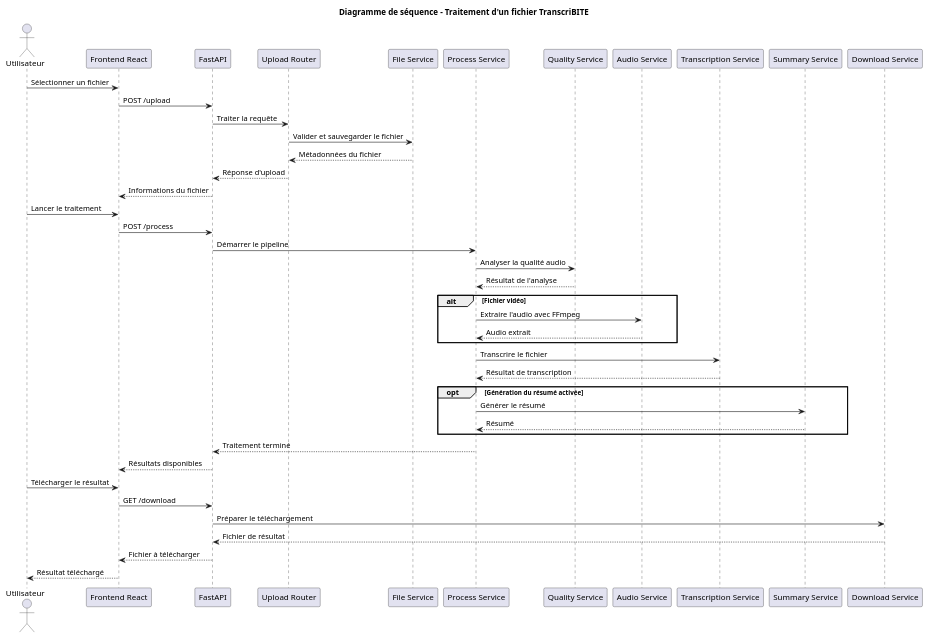
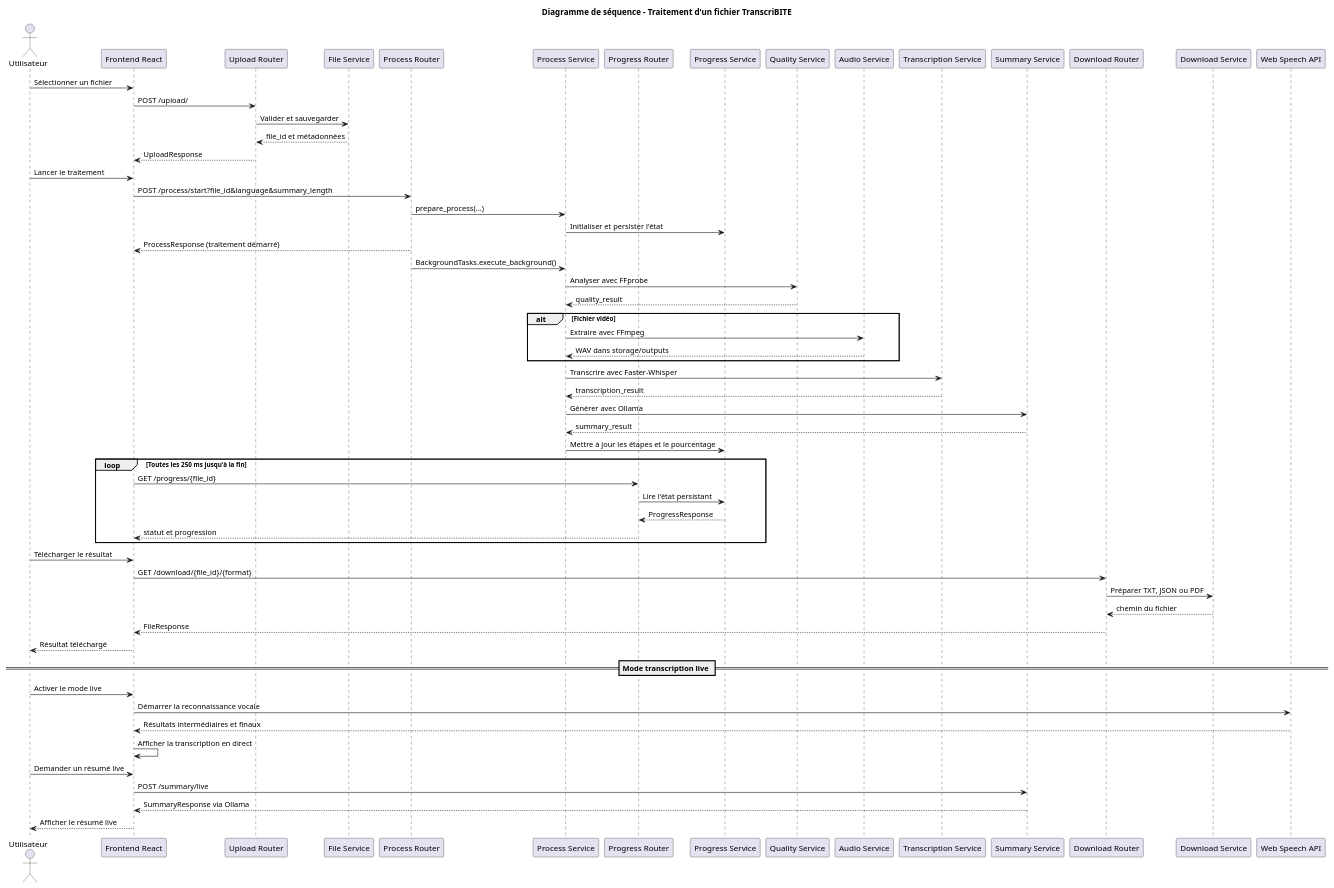
The diagram in docs/uml/sequence.puml (ilyas5555359/TranscriBITE), drawn with PlantUML before and after one commit. The commit also changed 4 other files, not shown here.

Commit message:
docs: update UML diagrams for current platform

```diff
--- a/docs/uml/sequence.puml
+++ b/docs/uml/sequence.puml
@@ -1,54 +1,71 @@
 @startuml
 title Diagramme de séquence - Traitement d'un fichier TranscriBITE
 
 actor "Utilisateur" as User
 participant "Frontend React" as Frontend
-participant "FastAPI" as API
 participant "Upload Router" as Upload
 participant "File Service" as FileService
+participant "Process Router" as ProcessRouter
 participant "Process Service" as Process
+participant "Progress Router" as ProgressRouter
+participant "Progress Service" as Progress
 participant "Quality Service" as Quality
 participant "Audio Service" as Audio
 participant "Transcription Service" as Transcription
 participant "Summary Service" as Summary
+participant "Download Router" as DownloadRouter
 participant "Download Service" as Download
+participant "Web Speech API" as SpeechAPI
 
 User -> Frontend : Sélectionner un fichier
-Frontend -> API : POST /upload
-API -> Upload : Traiter la requête
-Upload -> FileService : Valider et sauvegarder le fichier
-FileService --> Upload : Métadonnées du fichier
-Upload --> API : Réponse d'upload
-API --> Frontend : Informations du fichier
+Frontend -> Upload : POST /upload/
+Upload -> FileService : Valider et sauvegarder
+FileService --> Upload : file_id et métadonnées
+Upload --> Frontend : UploadResponse
 
 User -> Frontend : Lancer le traitement
-Frontend -> API : POST /process
-API -> Process : Démarrer le pipeline
+Frontend -> ProcessRouter : POST /process/start?file_id&language&summary_length
+ProcessRouter -> Process : prepare_process(...)
+Process -> Progress : Initialiser et persister l'état
+ProcessRouter --> Frontend : ProcessResponse (traitement démarré)
 
-Process -> Quality : Analyser la qualité audio
-Quality --> Process : Résultat de l'analyse
+ProcessRouter -> Process : BackgroundTasks.execute_background()
+Process -> Quality : Analyser avec FFprobe
+Quality --> Process : quality_result
 
 alt Fichier vidéo
-    Process -> Audio : Extraire l'audio avec FFmpeg
-    Audio --> Process : Audio extrait
+    Process -> Audio : Extraire avec FFmpeg
+    Audio --> Process : WAV dans storage/outputs
 end
 
-Process -> Transcription : Transcrire le fichier
-Transcription --> Process : Résultat de transcription
+Process -> Transcription : Transcrire avec Faster-Whisper
+Transcription --> Process : transcription_result
+Process -> Summary : Générer avec Ollama
+Summary --> Process : summary_result
+Process -> Progress : Mettre à jour les étapes et le pourcentage
 
-opt Génération du résumé activée
-    Process -> Summary : Générer le résumé
-    Summary --> Process : Résumé
+loop Toutes les 250 ms jusqu'à la fin
+    Frontend -> ProgressRouter : GET /progress/{file_id}
+    ProgressRouter -> Progress : Lire l'état persistant
+    Progress --> ProgressRouter : ProgressResponse
+    ProgressRouter --> Frontend : statut et progression
 end
 
-Process --> API : Traitement terminé
-API --> Frontend : Résultats disponibles
-
 User -> Frontend : Télécharger le résultat
-Frontend -> API : GET /download
-API -> Download : Préparer le téléchargement
-Download --> API : Fichier de résultat
-API --> Frontend : Fichier à télécharger
+Frontend -> DownloadRouter : GET /download/{file_id}/{format}
+DownloadRouter -> Download : Préparer TXT, JSON ou PDF
+Download --> DownloadRouter : chemin du fichier
+DownloadRouter --> Frontend : FileResponse
 Frontend --> User : Résultat téléchargé
 
+== Mode transcription live ==
+
+User -> Frontend : Activer le mode live
+Frontend -> SpeechAPI : Démarrer la reconnaissance vocale
+SpeechAPI --> Frontend : Résultats intermédiaires et finaux
+Frontend -> Frontend : Afficher la transcription en direct
+User -> Frontend : Demander un résumé live
+Frontend -> Summary : POST /summary/live
+Summary --> Frontend : SummaryResponse via Ollama
+Frontend --> User : Afficher le résumé live
 @enduml
```
